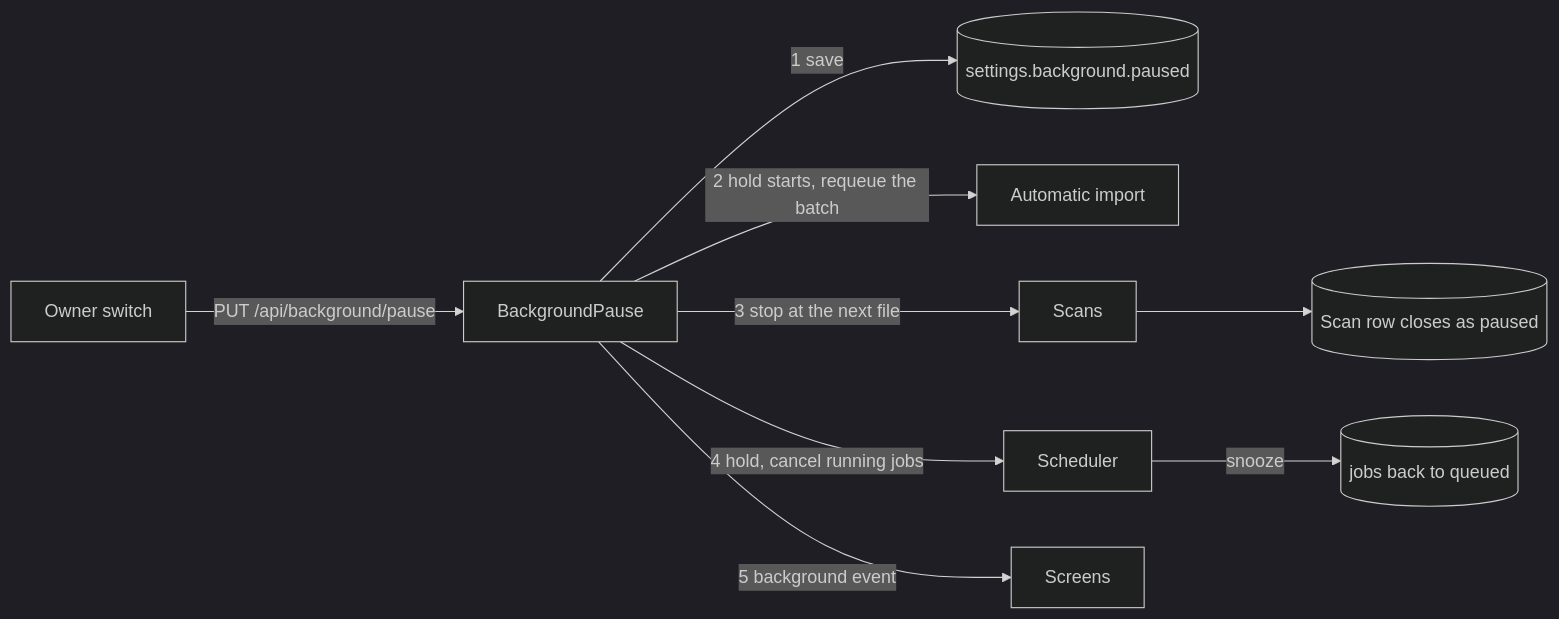
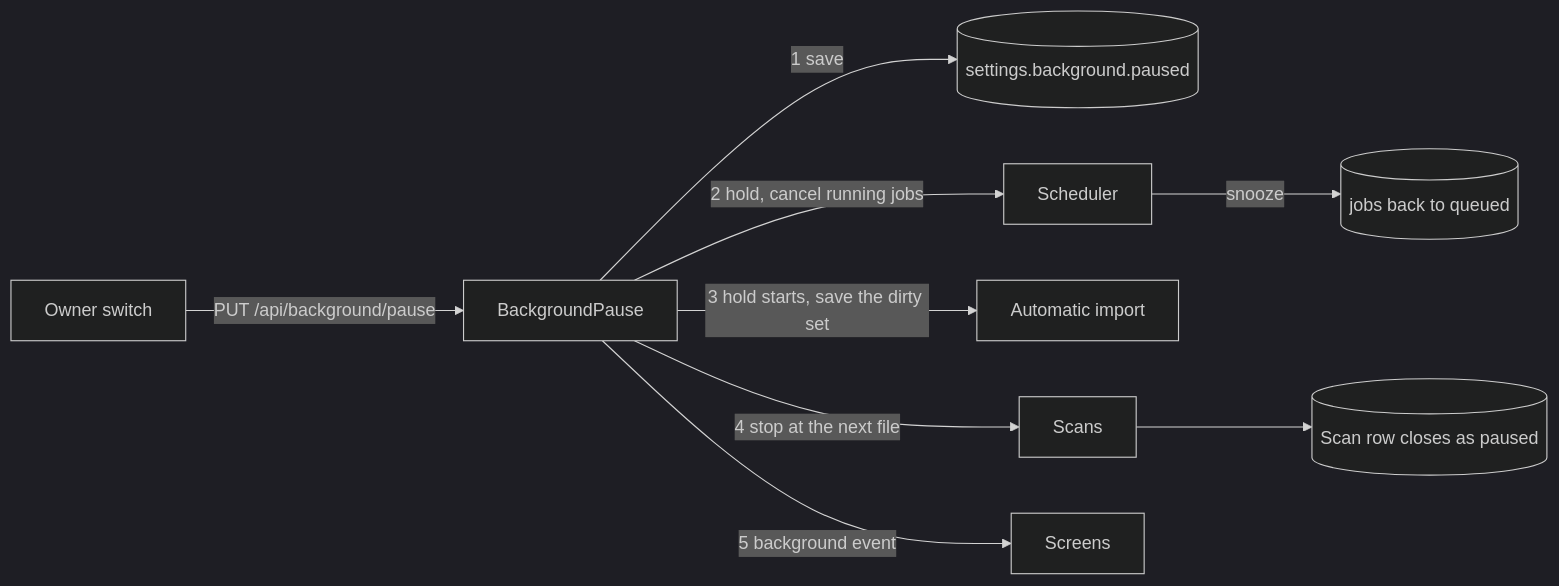
The first of 2 diagrams in specs/075-background-pause/plan.md (syudead/vv), drawn with Mermaid (dark theme) before and after one commit. The commit also changed other lines of this file and 1 other file, not shown here.

First line of the commit message:
Revise the pause plan from review

````diff
--- a/specs/075-background-pause/plan.md
+++ b/specs/075-background-pause/plan.md
@@ -18,11 +18,11 @@
 ```mermaid
 flowchart LR
   owner[Owner switch] -->|PUT /api/background/pause| pause[BackgroundPause]
   pause -->|1 save| setting[(settings.background.paused)]
-  pause -->|2 hold starts, requeue the batch| auto[Automatic import]
-  pause -->|3 stop at the next file| scan[Scans]
+  pause -->|2 hold, cancel running jobs| sch[Scheduler]
+  sch -->|snooze| jobs[(jobs back to queued)]
+  pause -->|3 hold starts, save the dirty set| auto[Automatic import]
+  pause -->|4 stop at the next file| scan[Scans]
   scan --> row[(Scan row closes as paused)]
-  pause -->|4 hold, cancel running jobs| sch[Scheduler]
-  sch -->|snooze| jobs[(jobs back to queued)]
   pause -->|5 background event| screens[Screens]
 ```
````
